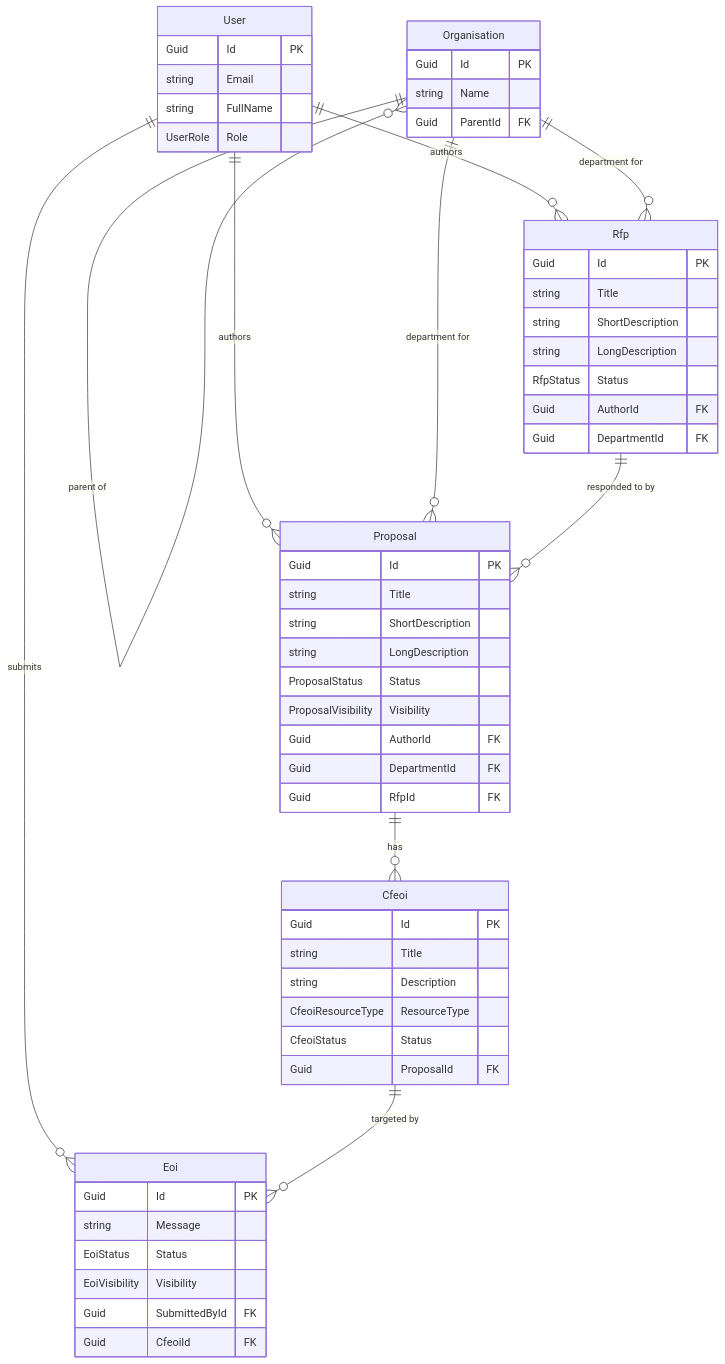
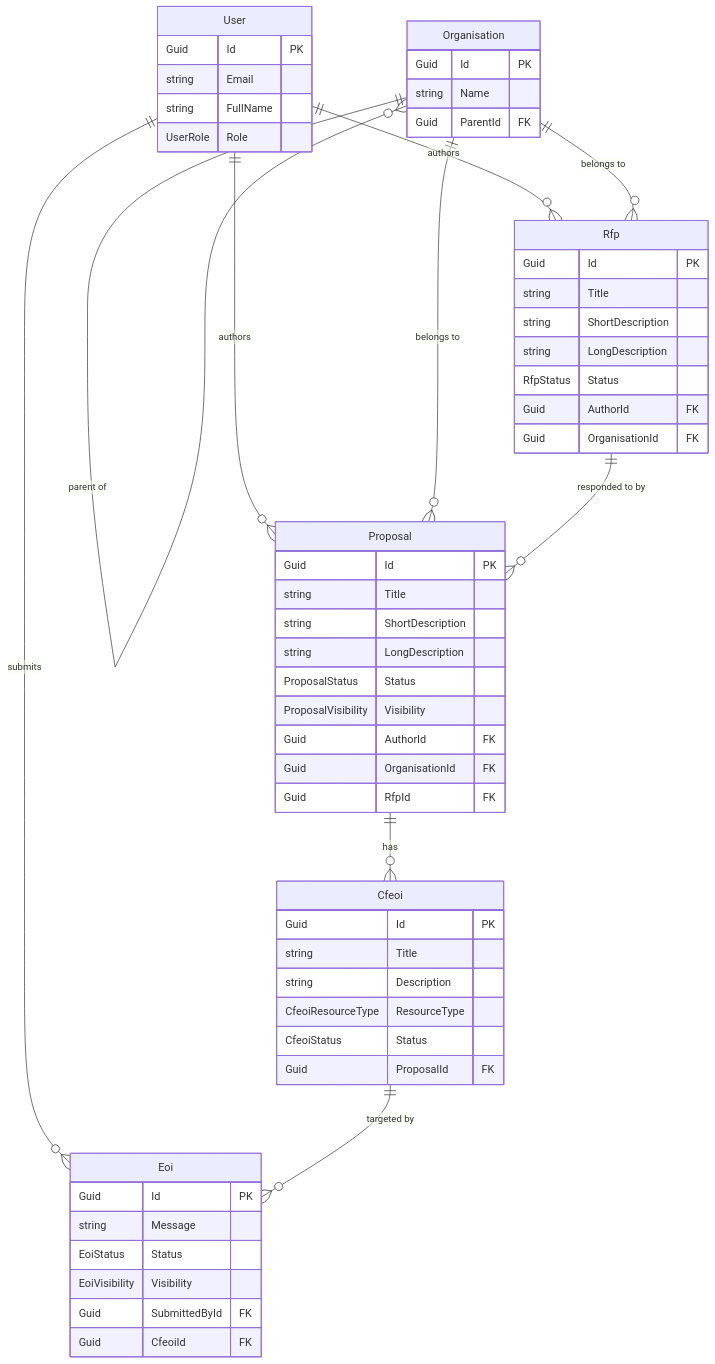
The diagram in docs/architecture/erd.md (Simorgh-Labs/herit), drawn with Mermaid before and after one commit. The commit also changed 28 other files, not shown here.

First line of the commit message:
Unify Organisation terminology; remove duplicate Department handlers (#24)

````diff
--- a/docs/architecture/erd.md
+++ b/docs/architecture/erd.md
@@ -3,65 +3,65 @@
 ```mermaid
 erDiagram
     User {
         Guid Id PK
         string Email
         string FullName
         UserRole Role
     }
 
     Organisation {
         Guid Id PK
         string Name
         Guid ParentId FK
     }
 
     Rfp {
         Guid Id PK
         string Title
         string ShortDescription
         string LongDescription
         RfpStatus Status
         Guid AuthorId FK
-        Guid DepartmentId FK
+        Guid OrganisationId FK
     }
 
     Proposal {
         Guid Id PK
         string Title
         string ShortDescription
         string LongDescription
         ProposalStatus Status
         ProposalVisibility Visibility
         Guid AuthorId FK
-        Guid DepartmentId FK
+        Guid OrganisationId FK
         Guid RfpId FK
     }
 
     Cfeoi {
         Guid Id PK
         string Title
         string Description
         CfeoiResourceType ResourceType
         CfeoiStatus Status
         Guid ProposalId FK
     }
 
     Eoi {
         Guid Id PK
         string Message
         EoiStatus Status
         EoiVisibility Visibility
         Guid SubmittedById FK
         Guid CfeoiId FK
     }
 
     Organisation ||--o{ Organisation : "parent of"
     User ||--o{ Rfp : "authors"
-    Organisation ||--o{ Rfp : "department for"
+    Organisation ||--o{ Rfp : "belongs to"
     User ||--o{ Proposal : "authors"
-    Organisation ||--o{ Proposal : "department for"
+    Organisation ||--o{ Proposal : "belongs to"
     Rfp ||--o{ Proposal : "responded to by"
     Proposal ||--o{ Cfeoi : "has"
     User ||--o{ Eoi : "submits"
     Cfeoi ||--o{ Eoi : "targeted by"
 ```
````
